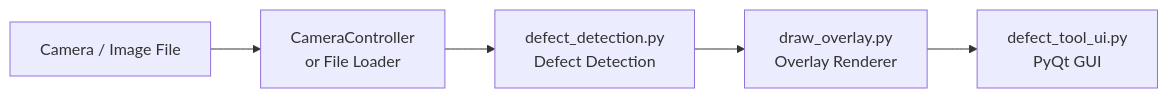
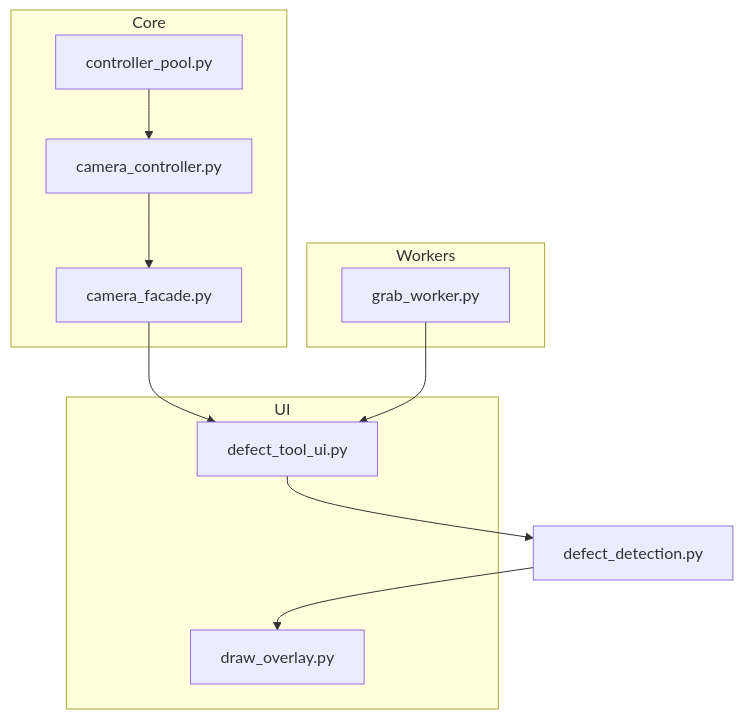
Before and after one commit to 0ssol1620-byte/Defect_Pixel_Finder: the diagram in README.md, drawn with Mermaid. The commit also changed other lines of this file, not shown here.

Commit message:
Update diagrams in README.md
Removed the Architecture Diagram and added a Module Diagram.

````diff
--- a/README.md
+++ b/README.md
@@ -20,7 +40,25 @@
 ```mermaid
-flowchart LR
-    A[Camera / Image File] --> B[CameraController<br/>or File Loader]
-    B --> C[defect_detection.py<br/>Defect Detection]
-    C --> D[draw_overlay.py<br/>Overlay Renderer]
-    D --> E[defect_tool_ui.py<br/>PyQt GUI]
+flowchart TB
+    subgraph Core
+        CC[camera_controller.py]
+        CF[camera_facade.py]
+        CP[controller_pool.py]
+    end
+
+    subgraph Workers
+        GW[grab_worker.py]
+    end
+
+    subgraph UI
+        DT[defect_tool_ui.py]
+        DO[draw_overlay.py]
+    end
+
+    DD[defect_detection.py]
+
+    CC --> CF --> DT
+    CP --> CC
+    GW --> DT
+    DT --> DD
+    DD --> DO
 ```
````
